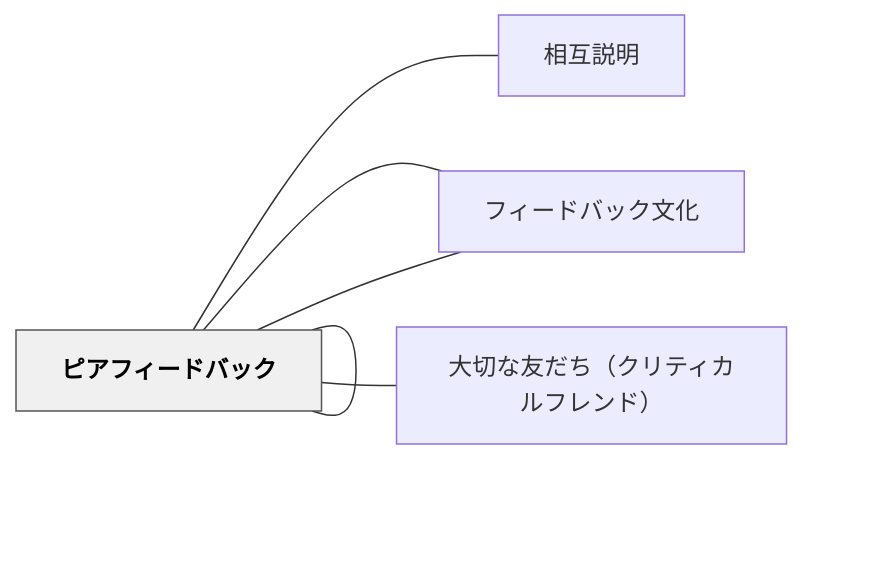
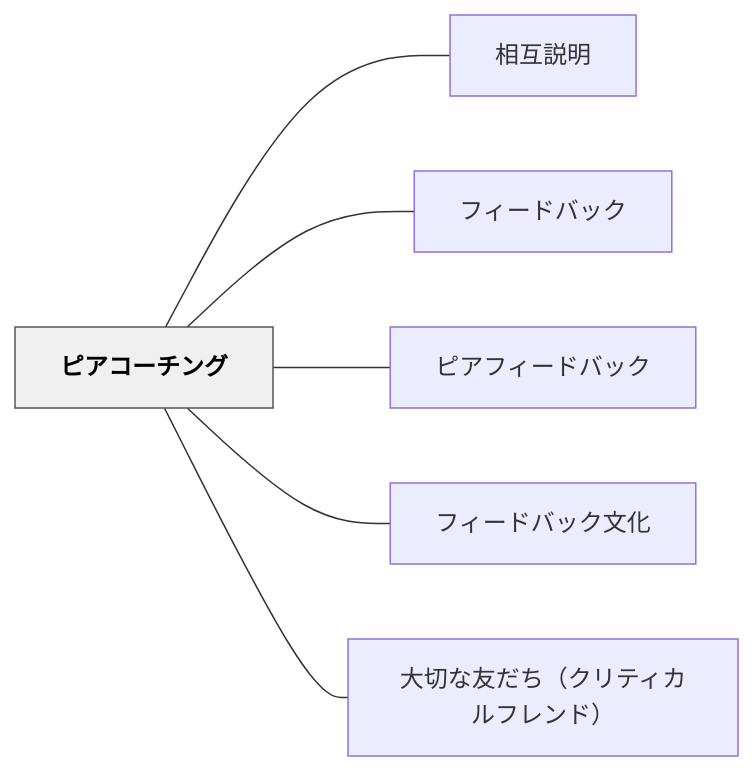
One commit to unknownthings-ed-patterns/unknownthings-ed-patterns changed the diagram in content/パタン/ピアコーチング.md. Above: the diagram before and after it, drawn with Mermaid. The commit also changed 527 other files, not shown here.

````diff
--- a/content/パタン/ピアコーチング.md
+++ b/content/パタン/ピアコーチング.md
@@ -53,18 +53,18 @@
 ```mermaid
 flowchart LR
-    ne38394e382a2["ピアコーチング"]
-    ne79bb8e4ba92["相互説明"]
-    ne38395e382a3["フィードバック"]
-    ne38394e382a2["ピアフィードバック"]
-    ne38395e382a3["フィードバック文化"]
-    ne5a4a7e58887["大切な友だち（クリティカルフレンド）"]
+    ne38394e382a2e382b3e383bce38381e383b3e382b0["ピアコーチング"]
+    ne79bb8e4ba92e8aaace6988e["相互説明"]
+    ne38395e382a3e383bce38389e38390e38383e382af["フィードバック"]
+    ne38394e382a2e38395e382a3e383bce38389e38390e38383e382af["ピアフィードバック"]
+    ne38395e382a3e383bce38389e38390e38383e382afe69687e58c96["フィードバック文化"]
+    ne5a4a7e58887e381aae58f8be381a0e381a1efbc88e382afe383aae38386e382a3e382abe383abe38395e383ace383b3e38389efbc89["大切な友だち（クリティカルフレンド）"]
 
-    ne38394e382a2 --- ne79bb8e4ba92
-    ne38394e382a2 --- ne38395e382a3
-    ne38394e382a2 --- ne38394e382a2
-    ne38394e382a2 --- ne38395e382a3
-    ne38394e382a2 --- ne5a4a7e58887
+    ne38394e382a2e382b3e383bce38381e383b3e382b0 --- ne79bb8e4ba92e8aaace6988e
+    ne38394e382a2e382b3e383bce38381e383b3e382b0 --- ne38395e382a3e383bce38389e38390e38383e382af
+    ne38394e382a2e382b3e383bce38381e383b3e382b0 --- ne38394e382a2e38395e382a3e383bce38389e38390e38383e382af
+    ne38394e382a2e382b3e383bce38381e383b3e382b0 --- ne38395e382a3e383bce38389e38390e38383e382afe69687e58c96
+    ne38394e382a2e382b3e383bce38381e383b3e382b0 --- ne5a4a7e58887e381aae58f8be381a0e381a1efbc88e382afe383aae38386e382a3e382abe383abe38395e383ace383b3e38389efbc89
 
     classDef hub fill:#f0f0f0,stroke:#555,color:#000,font-weight:bold
-    class ne38394e382a2 hub
+    class ne38394e382a2e382b3e383bce38381e383b3e382b0 hub
 ```
````
